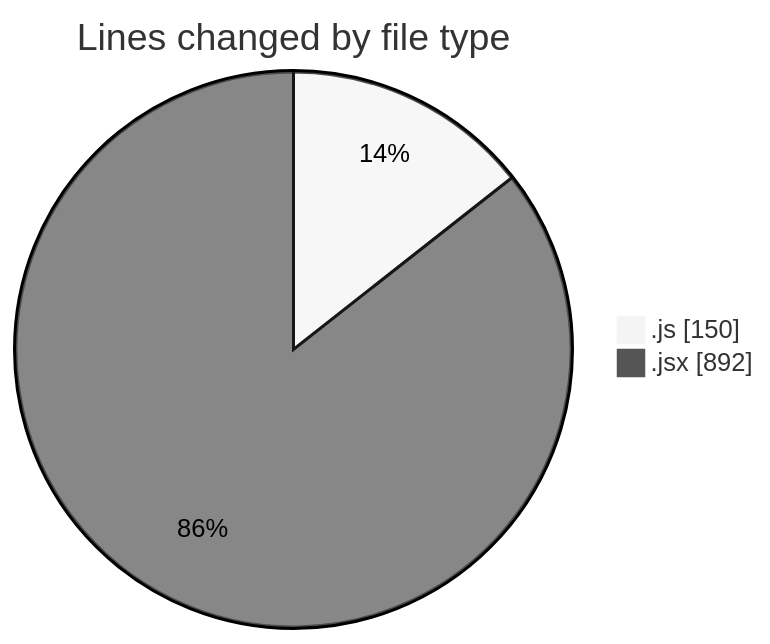
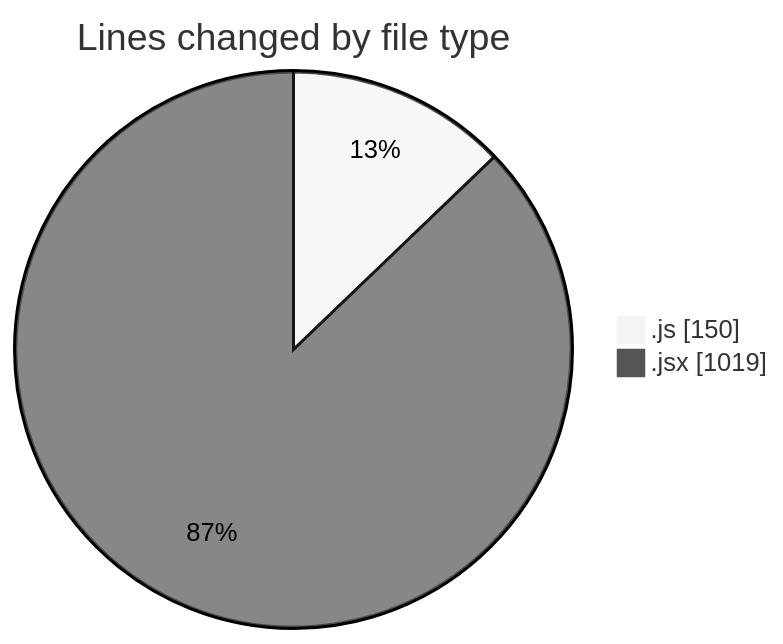
Before and after one commit to nxtqubesakshisongat/code-tracking: the first of 2 diagrams in 2025-07-28/nxtqube_webapp/README.md, drawn with Mermaid (neutral theme). The commit also changed other lines of this file and 1 other file, not shown here.

````diff
--- a/2025-07-28/nxtqube_webapp/README.md
+++ b/2025-07-28/nxtqube_webapp/README.md
@@ -22,6 +23,6 @@
 ```mermaid
 pie showData
 title Lines changed by file type
 ".js" : 150
-".jsx" : 892
+".jsx" : 1019
 ```
````
